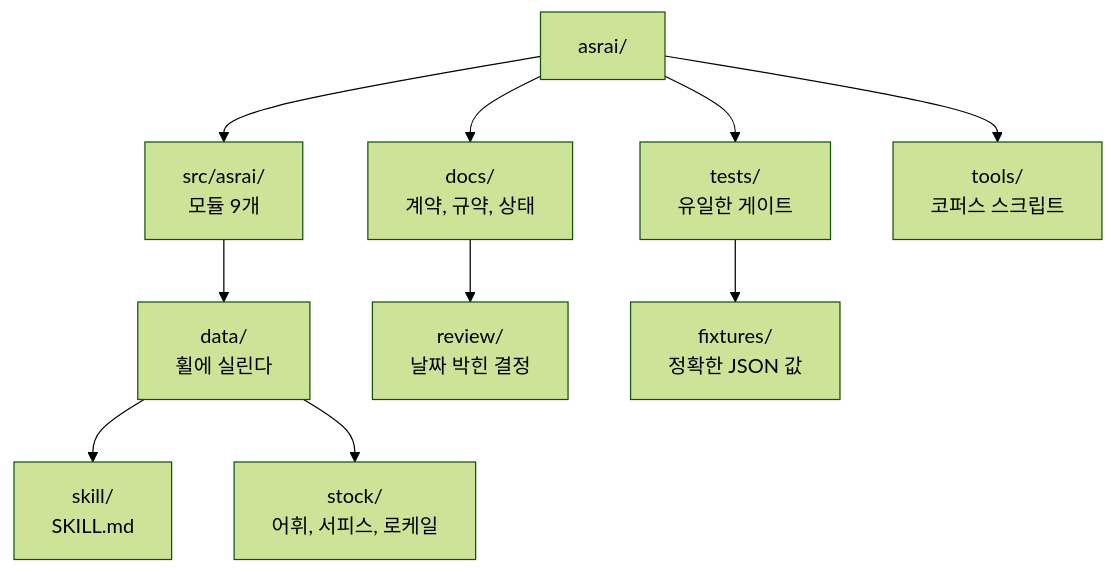
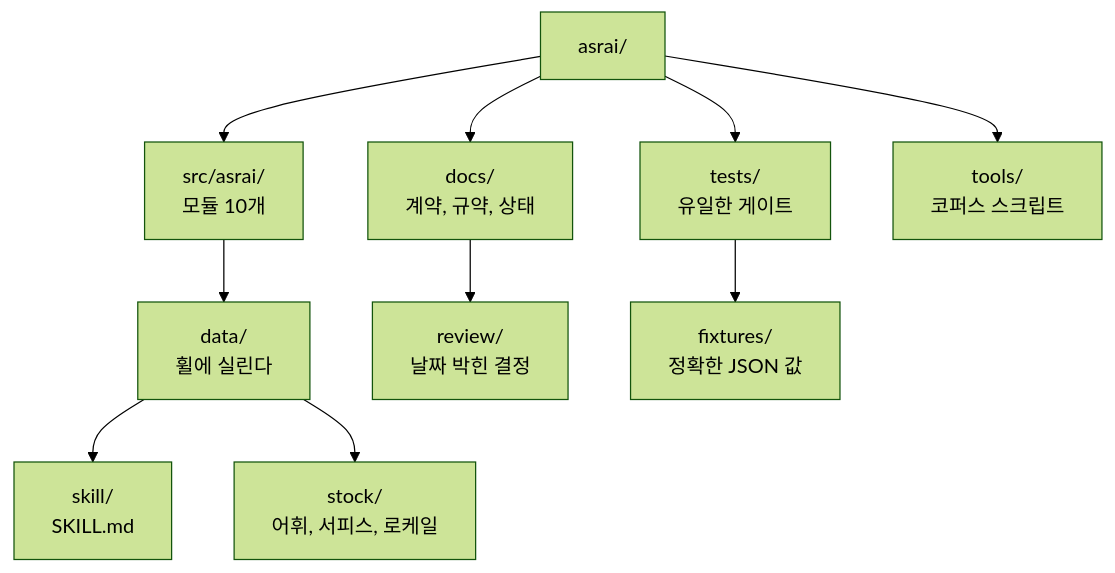
One commit to Stdev17/asrai changed the diagram in docs/i18n/ko/README.md. Above: the diagram before and after it, drawn with Mermaid (forest theme). The commit also changed 9 other files, not shown here.

````diff
--- a/docs/i18n/ko/README.md
+++ b/docs/i18n/ko/README.md
@@ -74,8 +74,8 @@
 ```mermaid
 flowchart TD
-    ROOT["asrai/"] --> SRC["src/asrai/<br/>모듈 9개"] & DOCS["docs/<br/>계약, 규약, 상태"] & TESTS["tests/<br/>유일한 게이트"] & TOOLS["tools/<br/>코퍼스 스크립트"]
+    ROOT["asrai/"] --> SRC["src/asrai/<br/>모듈 10개"] & DOCS["docs/<br/>계약, 규약, 상태"] & TESTS["tests/<br/>유일한 게이트"] & TOOLS["tools/<br/>코퍼스 스크립트"]
     SRC --> DATA["data/<br/>휠에 실린다"]
     DATA --> SKILL["skill/<br/>SKILL.md"] & STOCK["stock/<br/>어휘, 서피스, 로케일"]
     DOCS --> REVIEW["review/<br/>날짜 박힌 결정"]
     TESTS --> FIX["fixtures/<br/>정확한 JSON 값"]
 ```
````
